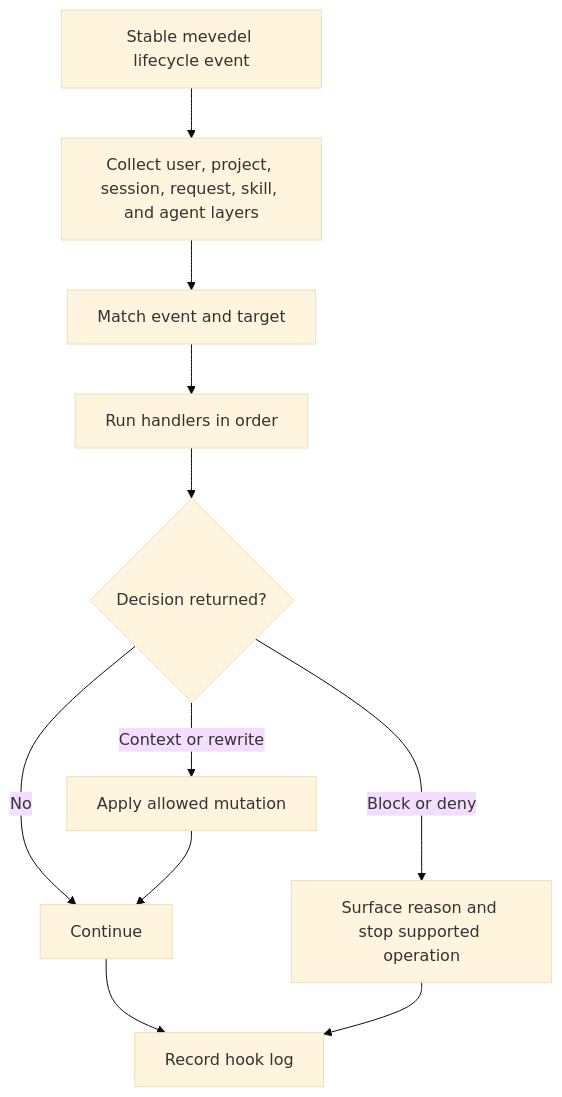
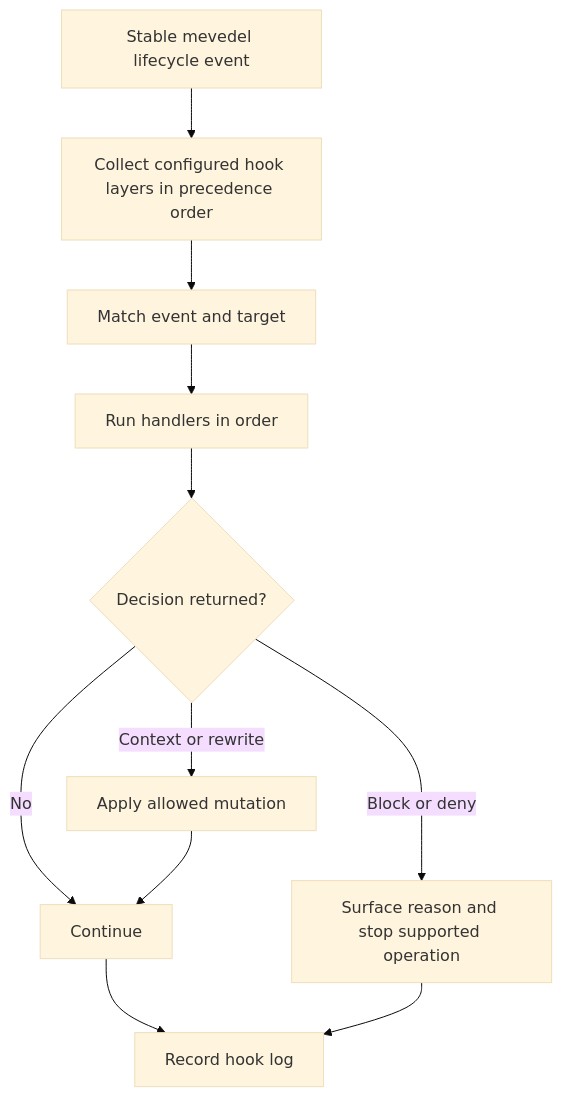
Before and after one commit to FrauH0lle/mevedel: the diagram in docs/hooks.md, drawn with Mermaid (base theme). The commit also changed other lines of this file and 166 other files, not shown here.

````diff
--- a/docs/hooks.md
+++ b/docs/hooks.md
@@ -14,13 +11,13 @@
 ```mermaid
 flowchart TD
-    A[Stable mevedel lifecycle event] --> B[Collect user, project, session, request, skill, and agent layers]
+    A[Stable mevedel lifecycle event] --> B[Collect configured hook layers in precedence order]
     B --> C[Match event and target]
     C --> D[Run handlers in order]
     D --> E{Decision returned?}
     E -- No --> F[Continue]
     E -- Block or deny --> G[Surface reason and stop supported operation]
     E -- Context or rewrite --> H[Apply allowed mutation]
     H --> F
     F --> I[Record hook log]
     G --> I
 ```
````
